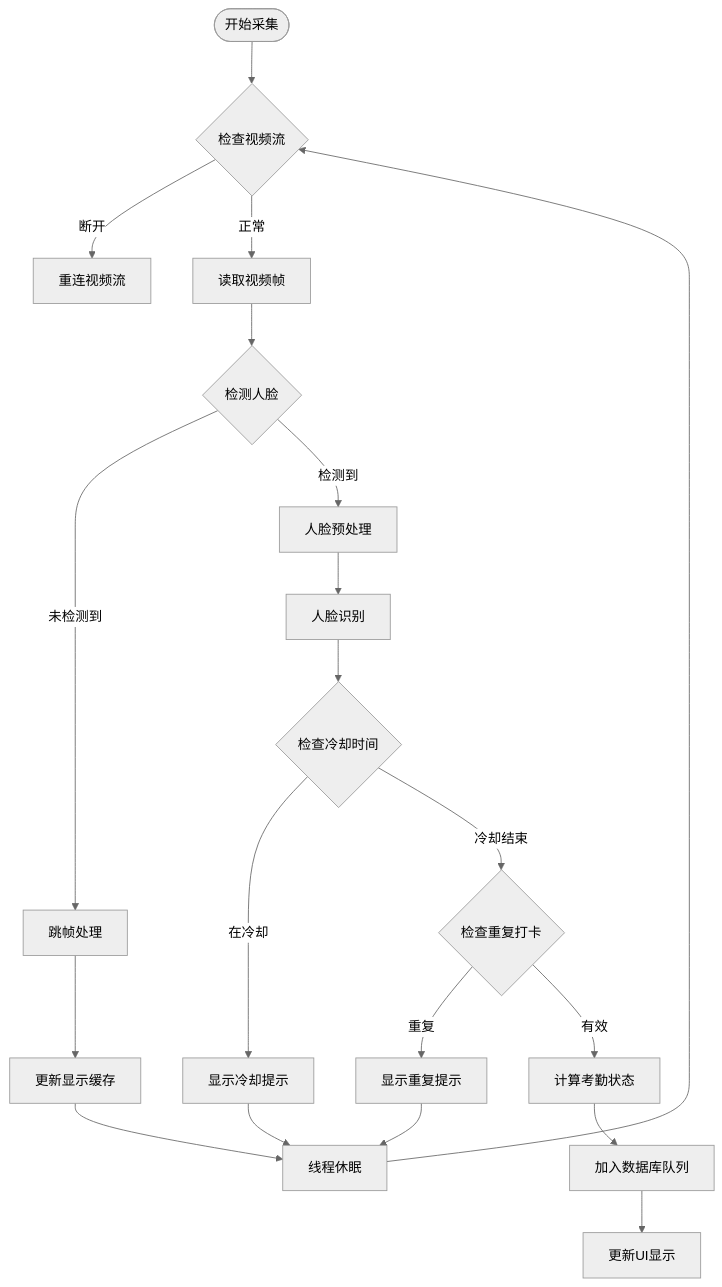
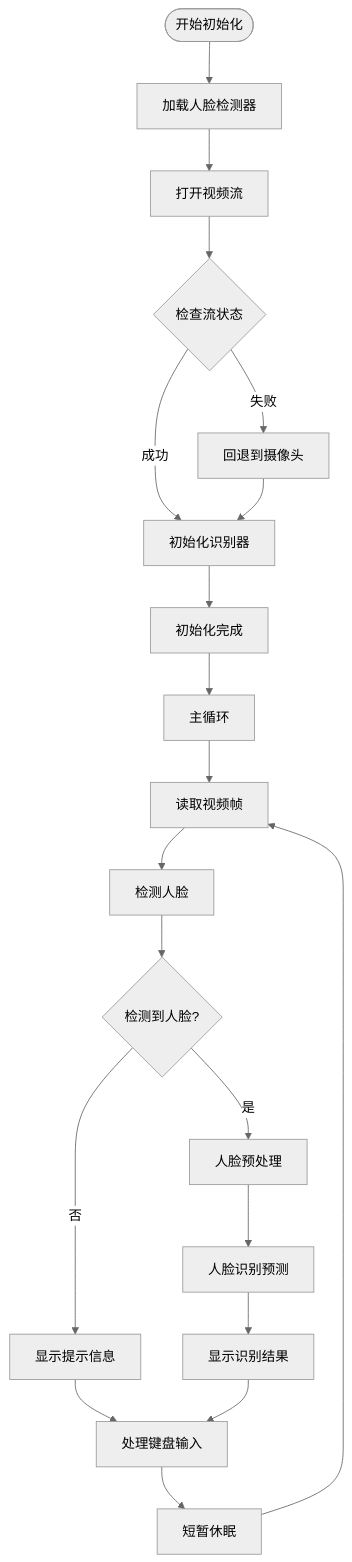
One commit to Drunk552/SmartAttendance changed the fifth of 6 diagrams in .qoder/repowiki/zh/content/系统架构设计/系统架构设计.md. Above: the diagram before and after it, drawn with Mermaid (neutral theme). The commit also changed other lines of this file and 26 other files, not shown here.

````diff
--- a/.qoder/repowiki/zh/content/系统架构设计/系统架构设计.md
+++ b/.qoder/repowiki/zh/content/系统架构设计/系统架构设计.md
@@ -271,22 +211,22 @@
 ```mermaid
 flowchart TD
-Start([开始采集]) --> CheckStream{检查视频流}
-CheckStream --> |断开| Reconnect[重连视频流]
-CheckStream --> |正常| ReadFrame[读取视频帧]
-ReadFrame --> DetectFace{检测人脸}
-DetectFace --> |未检测到| SkipFrame[跳帧处理]
-DetectFace --> |检测到| Preprocess[人脸预处理]
-Preprocess --> Recognize[人脸识别]
-Recognize --> CheckCooldown{检查冷却时间}
-CheckCooldown --> |在冷却| ShowCooldown[显示冷却提示]
-CheckCooldown --> |冷却结束| CheckDuplicate{检查重复打卡}
-CheckDuplicate --> |重复| ShowRepeat[显示重复提示]
-CheckDuplicate --> |有效| CalculateStatus[计算考勤状态]
-CalculateStatus --> QueueDB[加入数据库队列]
-QueueDB --> UpdateUI[更新UI显示]
-SkipFrame --> UpdateDisplay[更新显示缓存]
-UpdateDisplay --> Sleep[线程休眠]
-ShowCooldown --> Sleep
-ShowRepeat --> Sleep
-Sleep --> CheckStream
+Start([开始初始化]) --> LoadCascade[加载人脸检测器]
+LoadCascade --> OpenStream[打开视频流]
+OpenStream --> CheckStream{检查流状态}
+CheckStream --> |失败| Fallback[回退到摄像头]
+CheckStream --> |成功| InitRecognizer[初始化识别器]
+Fallback --> InitRecognizer
+InitRecognizer --> Ready[初始化完成]
+Ready --> Loop[主循环]
+Loop --> ReadFrame[读取视频帧]
+ReadFrame --> DetectFace[检测人脸]
+DetectFace --> HasFace{检测到人脸?}
+HasFace --> |否| DisplayHint[显示提示信息]
+HasFace --> |是| Preprocess[人脸预处理]
+Preprocess --> Predict[人脸识别预测]
+Predict --> DisplayResult[显示识别结果]
+DisplayHint --> ProcessInput[处理键盘输入]
+DisplayResult --> ProcessInput
+ProcessInput --> Sleep[短暂休眠]
+Sleep --> ReadFrame
 ```
````
